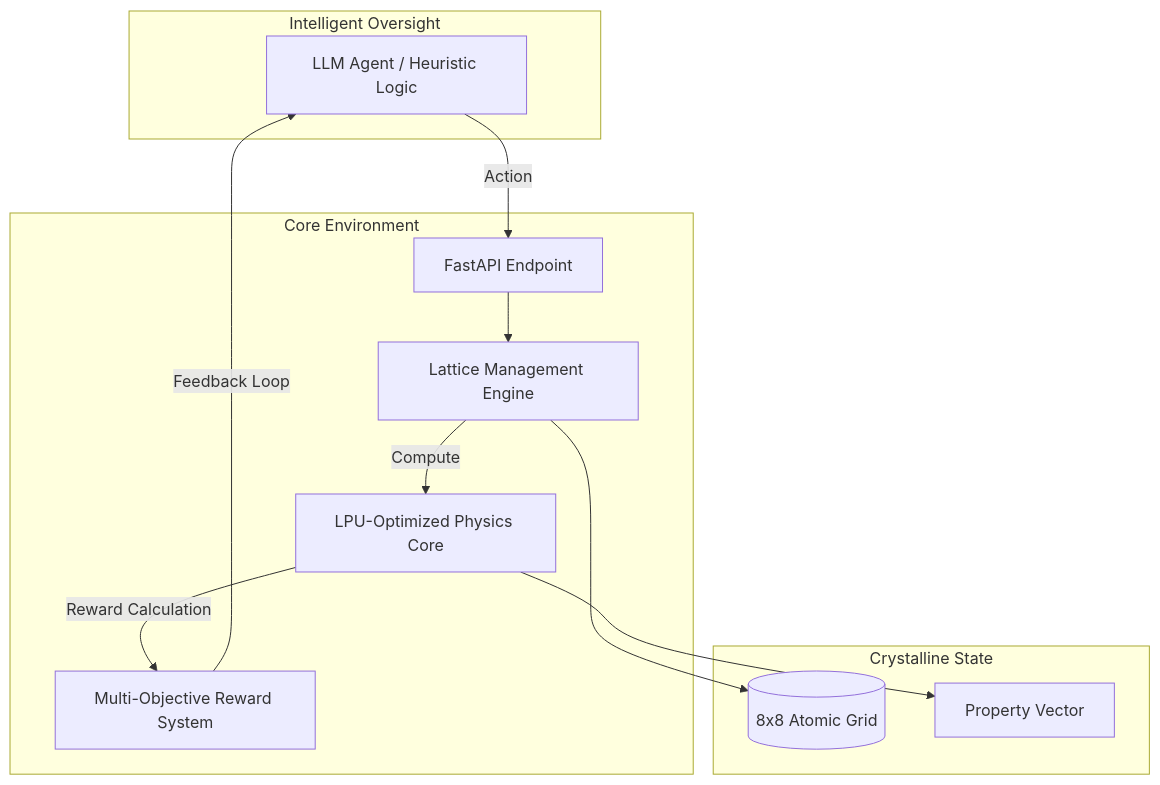
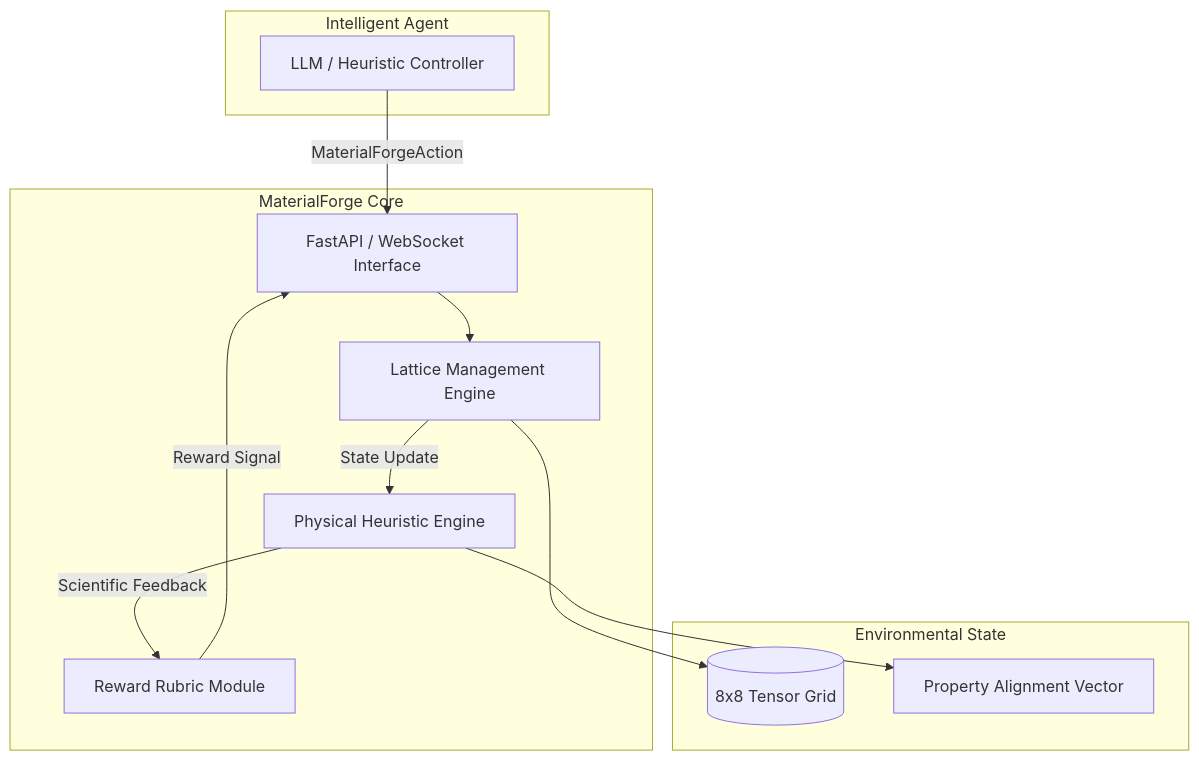
Before and after one commit to Arsh-Pathan/MaterialForge: the diagram in README.md, drawn with Mermaid. The commit also changed other lines of this file and 1 other file, not shown here.

Commit message:
Final Submission: Simplified UI v3.1 and GridMind-style Professional README

````diff
--- a/README.md
+++ b/README.md
@@ -50,26 +40,26 @@
 ```mermaid
 graph TD
-    subgraph "Intelligent Oversight"
-        Agent[LLM Agent / Heuristic Logic]
+    subgraph "Intelligent Agent"
+        Agent[LLM / Heuristic Controller]
     end
 
-    subgraph "Core Environment"
-        API[FastAPI Endpoint]
+    subgraph "MaterialForge Core"
+        API[FastAPI / WebSocket Interface]
         Engine[Lattice Management Engine]
-        Physics[LPU-Optimized Physics Core]
-        Rubric[Multi-Objective Reward System]
+        Physics[Physical Heuristic Engine]
+        Rubric[Reward Rubric Module]
     end
 
-    subgraph "Crystalline State"
-        Lattice[(8x8 Atomic Grid)]
-        Properties[Property Vector]
+    subgraph "Environmental State"
+        State[(8x8 Tensor Grid)]
+        Props[Property Alignment Vector]
     end
 
-    Agent -->|Action| API
+    Agent -->|MaterialForgeAction| API
     API --> Engine
-    Engine -->|Compute| Physics
-    Physics -->|Reward Calculation| Rubric
-    Rubric -->|Feedback Loop| Agent
-    Engine --> Lattice
-    Physics --> Properties
+    Engine -->|State Update| Physics
+    Physics -->|Scientific Feedback| Rubric
+    Rubric -->|Reward Signal| API
+    Engine --> State
+    Physics --> Props
 ```
````
